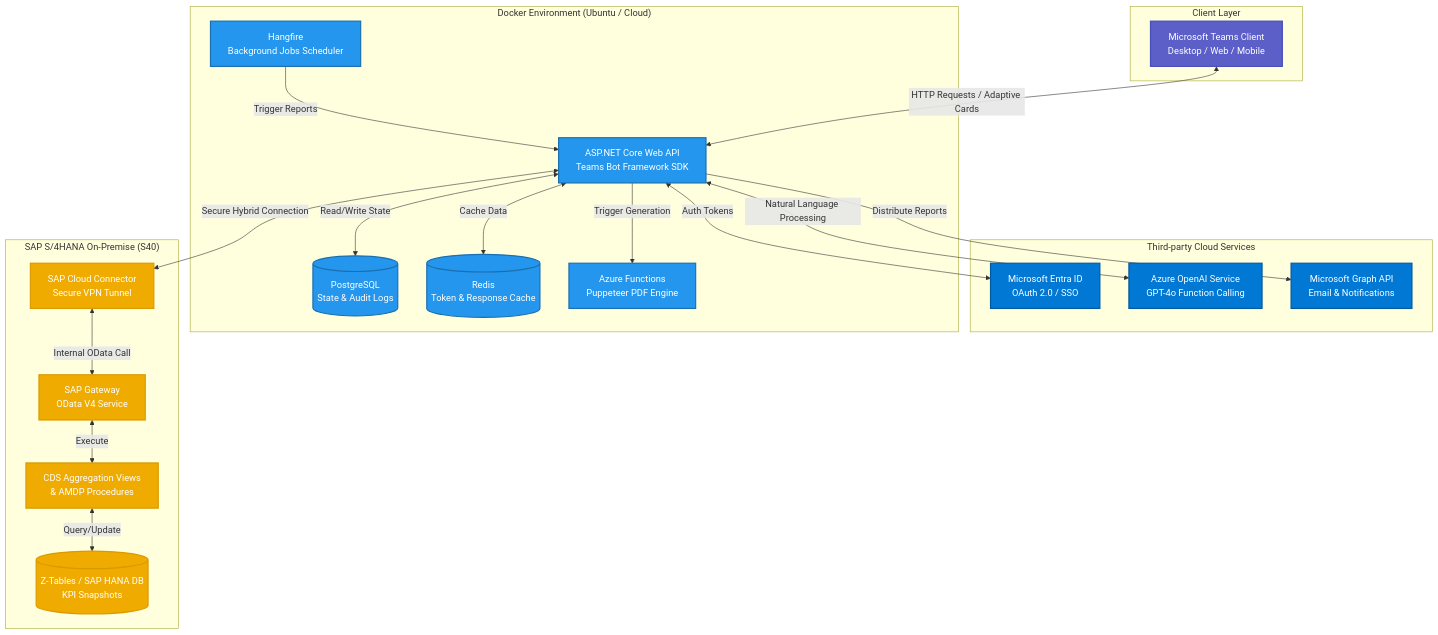
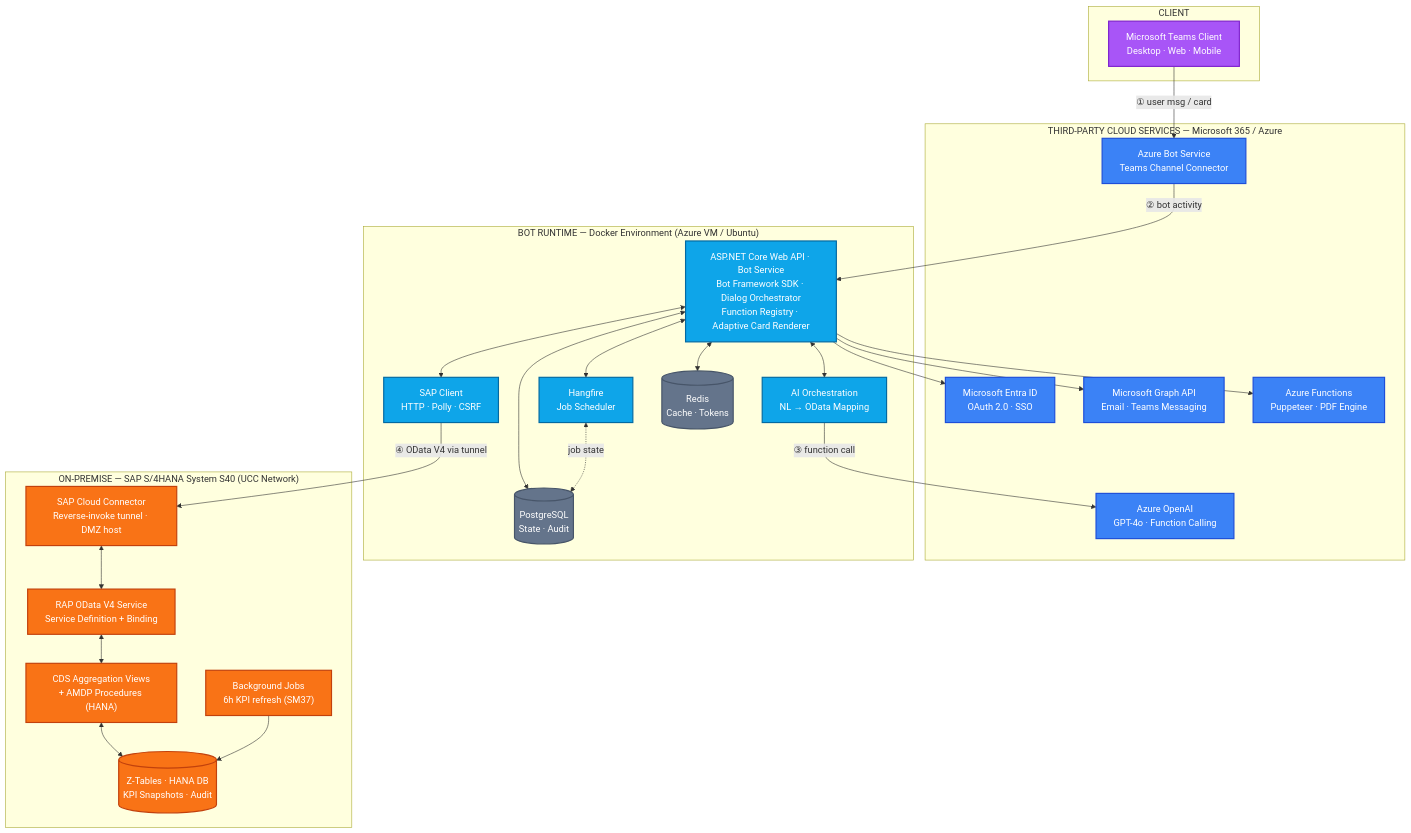
One commit to LongTran2003/aiso-teams changed the diagram in docs/architecture.md. Above: the diagram before and after it, drawn with Mermaid. The commit also changed other lines of this file and 1 other file, not shown here.

Commit message:
docs: correct srpint plan date and cleaner version for architectture

````diff
--- a/docs/architecture.md
+++ b/docs/architecture.md
@@ -11,55 +13,61 @@
 ```mermaid
-graph TD
-    %% Define Styles
-    classDef msTeams fill:#5B5FC7,color:#fff,stroke:#464EB8,stroke-width:2px;
-    classDef azureCloud fill:#0078D4,color:#fff,stroke:#005A9E,stroke-width:2px;
-    classDef dockerEnv fill:#2496ED,color:#fff,stroke:#1A6FB0,stroke-width:2px;
-    classDef sapSystem fill:#F0AB00,color:#fff,stroke:#D99A00,stroke-width:2px;
+graph TB
+    %% Styles
+    classDef client fill:#A855F7,color:#fff,stroke:#7E22CE,stroke-width:2px;
+    classDef cloud fill:#3B82F6,color:#fff,stroke:#1D4ED8,stroke-width:2px;
+    classDef bot fill:#0EA5E9,color:#fff,stroke:#0369A1,stroke-width:2px;
+    classDef data fill:#64748B,color:#fff,stroke:#475569,stroke-width:2px;
+    classDef sap fill:#F97316,color:#fff,stroke:#C2410C,stroke-width:2px;
 
-    %% Client Layer
-    subgraph Client ["Client Layer"]
-        MT[Microsoft Teams Client<br/>Desktop / Web / Mobile]:::msTeams
+    %% ===== CLIENT =====
+    subgraph Client ["CLIENT"]
+        MT["Microsoft Teams Client<br/>Desktop · Web · Mobile"]:::client
     end
 
-    %% Third-party Cloud Services Layer
-    subgraph ThirdPartyServices ["Third-party Cloud Services"]
-        ME[Microsoft Entra ID<br/>OAuth 2.0 / SSO]:::azureCloud
-        AO[Azure OpenAI Service<br/>GPT-4o Function Calling]:::azureCloud
-        MG[Microsoft Graph API<br/>Email & Notifications]:::azureCloud
+    %% ===== CLOUD =====
+    subgraph Cloud ["THIRD-PARTY CLOUD SERVICES — Microsoft 365 / Azure"]
+        BC["Azure Bot Service<br/>Teams Channel Connector"]:::cloud
+        ME["Microsoft Entra ID<br/>OAuth 2.0 · SSO"]:::cloud
+        AO["Azure OpenAI<br/>GPT-4o · Function Calling"]:::cloud
+        MG["Microsoft Graph API<br/>Email · Teams Messaging"]:::cloud
+        AF["Azure Functions<br/>Puppeteer · PDF Engine"]:::cloud
     end
 
-    %% Containerized Cloud Environment
-    subgraph DockerCloud ["Docker Environment (Ubuntu / Cloud)"]
-        BOT[ASP.NET Core Web API<br/>Teams Bot Framework SDK]:::dockerEnv
-        DB[(PostgreSQL<br/>State & Audit Logs)]:::dockerEnv
-        CACHE[(Redis<br/>Token & Response Cache)]:::dockerEnv
-        PDF[Azure Functions<br/>Puppeteer PDF Engine]:::dockerEnv
-        SCHED[Hangfire<br/>Background Jobs Scheduler]:::dockerEnv
-        
-        %% Internal Docker Connections
-        BOT <-->|Read/Write State| DB
-        BOT <-->|Cache Data| CACHE
-        BOT -->|Trigger Generation| PDF
-        SCHED -->|Trigger Reports| BOT
+    %% ===== BOT RUNTIME =====
+    subgraph Runtime ["BOT RUNTIME — Docker Environment (Azure VM / Ubuntu)"]
+        BOT["ASP.NET Core Web API · Bot Service<br/>Bot Framework SDK · Dialog Orchestrator<br/>Function Registry · Adaptive Card Renderer"]:::bot
+        HF["Hangfire<br/>Job Scheduler"]:::bot
+        AI["AI Orchestration<br/>NL → OData Mapping"]:::bot
+        SC["SAP Client<br/>HTTP · Polly · CSRF"]:::bot
+        DB[("PostgreSQL<br/>State · Audit")]:::data
+        RD[("Redis<br/>Cache · Tokens")]:::data
     end
 
-    %% Enterprise SAP Backend
-    subgraph SAPOnPremise ["SAP S/4HANA On-Premise (S40)"]
-        SCC[SAP Cloud Connector<br/>Secure VPN Tunnel]:::sapSystem
-        GW[SAP Gateway<br/>OData V4 Service]:::sapSystem
-        CDS[CDS Aggregation Views<br/>& AMDP Procedures]:::sapSystem
-        ZTB[(Z-Tables / SAP HANA DB<br/>KPI Snapshots)]:::sapSystem
-        
-        %% Internal SAP Connections
-        SCC <-->|Internal OData Call| GW
-        GW <-->|Execute| CDS
-        CDS <-->|Query/Update| ZTB
+    %% ===== SAP ON-PREMISE =====
+    subgraph OnPrem ["ON-PREMISE — SAP S/4HANA System S40 (UCC Network)"]
+        SCC["SAP Cloud Connector<br/>Reverse-invoke tunnel · DMZ host"]:::sap
+        ODS["RAP OData V4 Service<br/>Service Definition + Binding"]:::sap
+        CDS["CDS Aggregation Views<br/>+ AMDP Procedures (HANA)"]:::sap
+        ZTB[("Z-Tables · HANA DB<br/>KPI Snapshots · Audit")]:::sap
+        JOB["Background Jobs<br/>6h KPI refresh (SM37)"]:::sap
     end
 
-    %% External Connections
-    MT <-->|HTTP Requests / Adaptive Cards| BOT
-    BOT <-->|Auth Tokens| ME
-    BOT <-->|Natural Language Processing| AO
-    BOT -->|Distribute Reports| MG
-    BOT <-->|Secure Hybrid Connection| SCC
+    %% ===== Numbered flow =====
+    MT -- "① user msg / card" --> BC
+    BC -- "② bot activity" --> BOT
+    BOT --> ME
+    AI -- "③ function call" --> AO
+    BOT --> MG
+    BOT --> AF
+    BOT <--> HF
+    BOT <--> AI
+    BOT <--> SC
+    BOT <--> DB
+    BOT <--> RD
+    HF <-.->|job state| DB
+    SC -- "④ OData V4 via tunnel" --> SCC
+    SCC <--> ODS
+    ODS <--> CDS
+    CDS <--> ZTB
+    JOB --> ZTB
 ```
````
